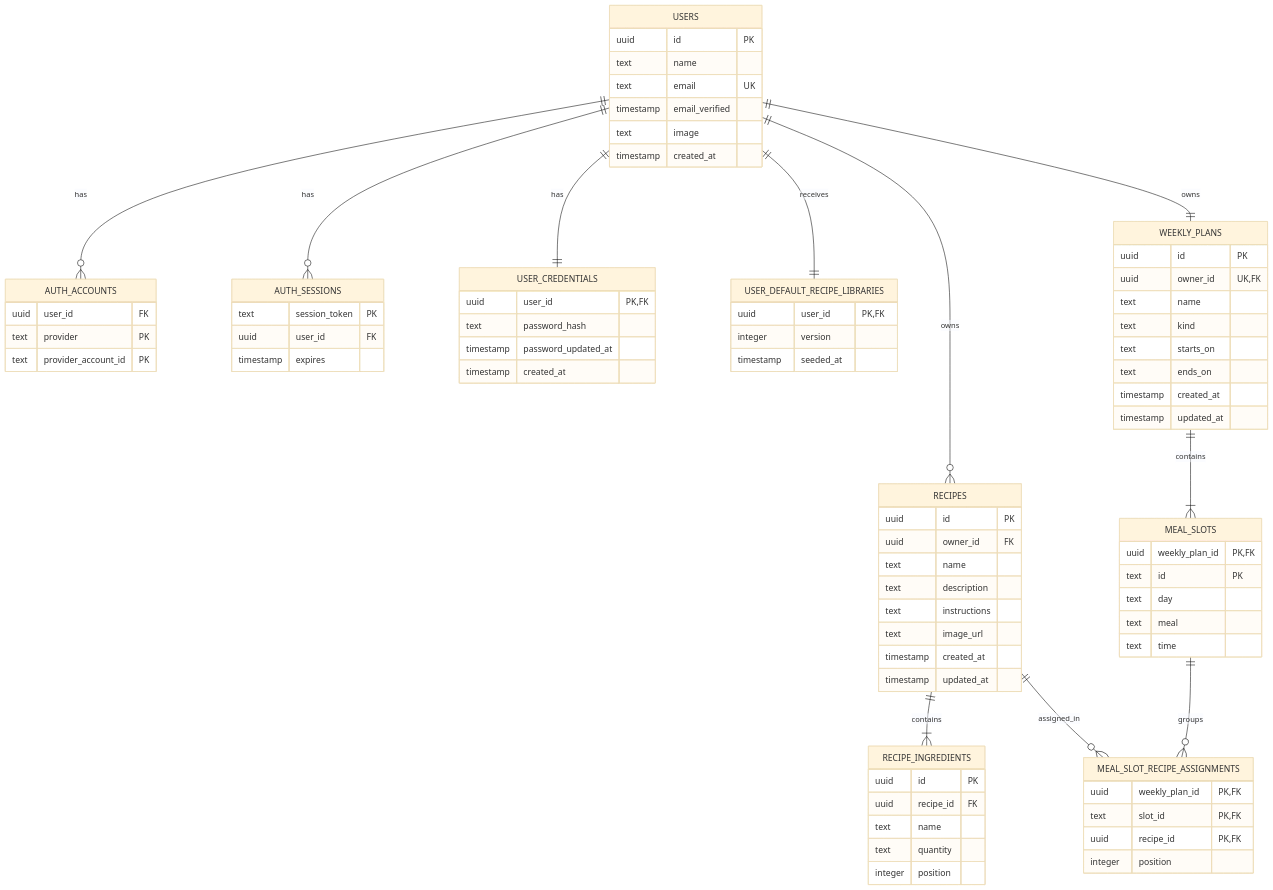
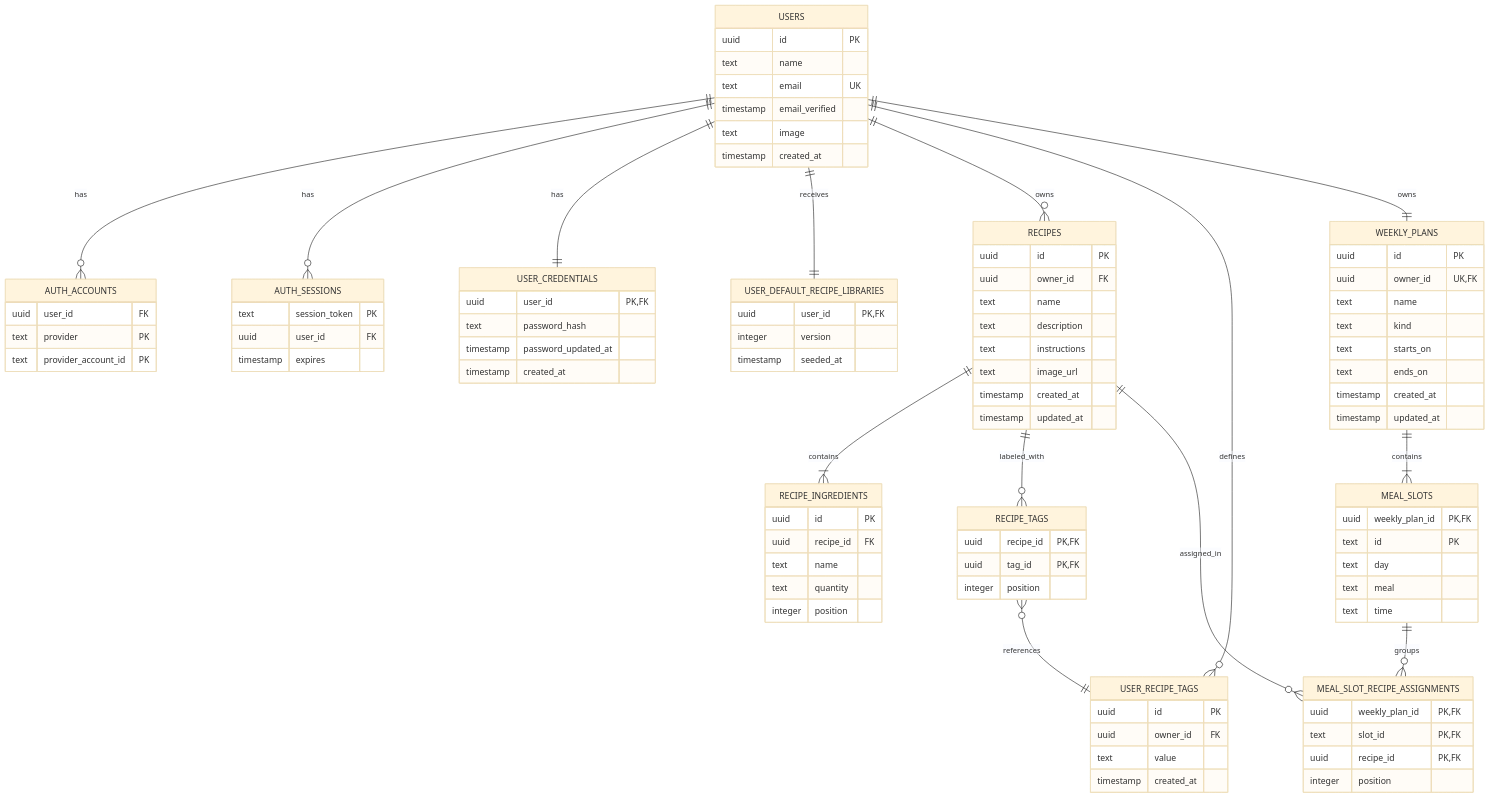
One commit to Julio92/nutriBro changed the diagram in docs/data-model.md. Above: the diagram before and after it, drawn with Mermaid (base theme). The commit also changed other lines of this file and 21 other files, not shown here.

```diff
--- a/docs/data-model.md
+++ b/docs/data-model.md
@@ -11,8 +11,11 @@
   USERS ||--|| USER_CREDENTIALS : has
   USERS ||--|| USER_DEFAULT_RECIPE_LIBRARIES : receives
   USERS ||--o{ RECIPES : owns
+  USERS ||--o{ USER_RECIPE_TAGS : defines
   USERS ||--|| WEEKLY_PLANS : owns
   RECIPES ||--|{ RECIPE_INGREDIENTS : contains
+  RECIPES ||--o{ RECIPE_TAGS : labeled_with
+  RECIPE_TAGS }o--|| USER_RECIPE_TAGS : references
   WEEKLY_PLANS ||--|{ MEAL_SLOTS : contains
   MEAL_SLOTS ||--o{ MEAL_SLOT_RECIPE_ASSIGNMENTS : groups
   RECIPES ||--o{ MEAL_SLOT_RECIPE_ASSIGNMENTS : assigned_in
@@ -56,6 +59,17 @@
     timestamp created_at
     timestamp updated_at
   }
+  USER_RECIPE_TAGS {
+    uuid id PK
+    uuid owner_id FK
+    text value
+    timestamp created_at
+  }
+  RECIPE_TAGS {
+    uuid recipe_id PK, FK
+    uuid tag_id PK, FK
+    integer position
+  }
   RECIPE_INGREDIENTS {
     uuid id PK
     uuid recipe_id FK
```
